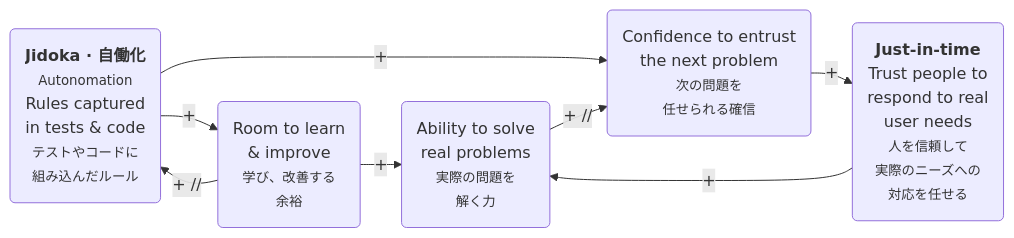
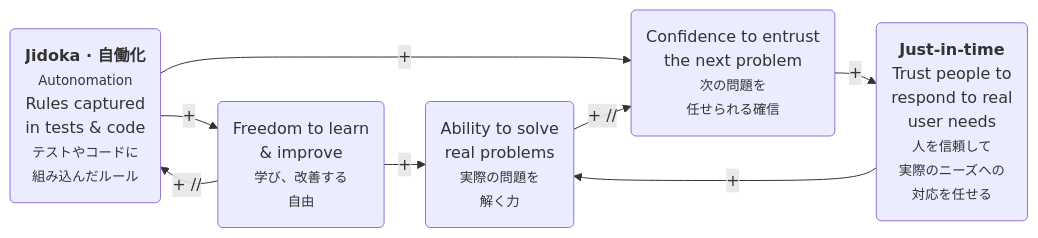
One commit to terryyin/terry-talks changed the third of 3 diagrams in slides/tps-and-ai/slides.md. Above: the diagram before and after it, drawn with Mermaid. The commit also changed other lines of this file, not shown here.

Commit message:
Name freedom in the Jidoka learning loop

````diff
--- a/slides/tps-and-ai/slides.md
+++ b/slides/tps-and-ai/slides.md
@@ -1450,18 +1450,18 @@
 ```mermaid
 %%{init: {'flowchart': {'rankSpacing': 28, 'nodeSpacing': 25}}}%%
 flowchart LR
   EJ(<b>Jidoka · 自働化</b><br><small>Autonomation</small><br>Rules captured<br>in tests & code<br><small>テストやコードに<br>組み込んだルール</small>)
-  AA(Room to learn<br>& improve<br><small>学び、改善する<br>余裕</small>)
+  AA(Freedom to learn<br>& improve<br><small>学び、改善する<br>自由</small>)
   CAP(Ability to solve<br>real problems<br><small>実際の問題を<br>解く力</small>)
   WT(Confidence to entrust<br>the next problem<br><small>次の問題を<br>任せられる確信</small>)
   PULL(<b>Just-in-time</b><br>Trust people to<br>respond to real<br>user needs<br><small>人を信頼して<br>実際のニーズへの<br>対応を任せる</small>)
 
   EJ -->|"+"| AA
   AA -->|"+ //"| EJ
   AA -->|"+"| CAP
   EJ -->|"+"| WT
   CAP -->|"+ //"| WT
   WT -->|"+"| PULL
   PULL -->|"+"| CAP
   class AA,PULL accent
 ```
````
